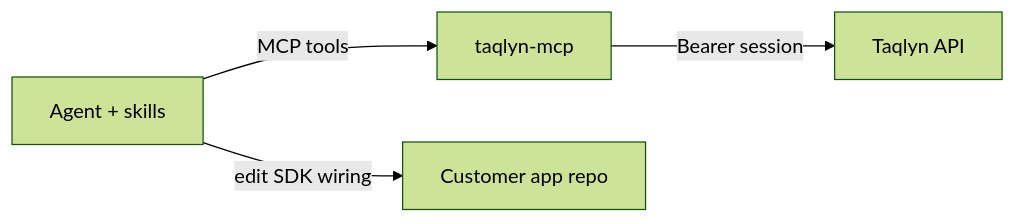
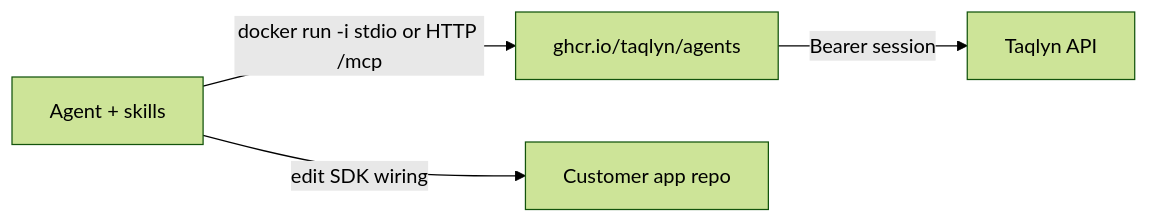
The diagram in docs/architecture/01-context.md (taqlyn/agents), drawn with Mermaid (forest theme) before and after one commit. The commit also changed 12 other files, not shown here.

First line of the commit message:
Publish a prebuilt GHCR image so the MCP runs from docker pull only.

````diff
--- a/docs/architecture/01-context.md
+++ b/docs/architecture/01-context.md
@@ -9,10 +9,10 @@
 ```mermaid
 flowchart LR
   Agent[Agent + skills]
-  MCP[taqlyn-mcp]
+  MCP["ghcr.io/taqlyn/agents"]
   API[Taqlyn API]
   App[Customer app repo]
-  Agent -->|MCP tools| MCP
+  Agent -->|docker run -i stdio or HTTP /mcp| MCP
   MCP -->|Bearer session| API
   Agent -->|edit SDK wiring| App
 ```
````
